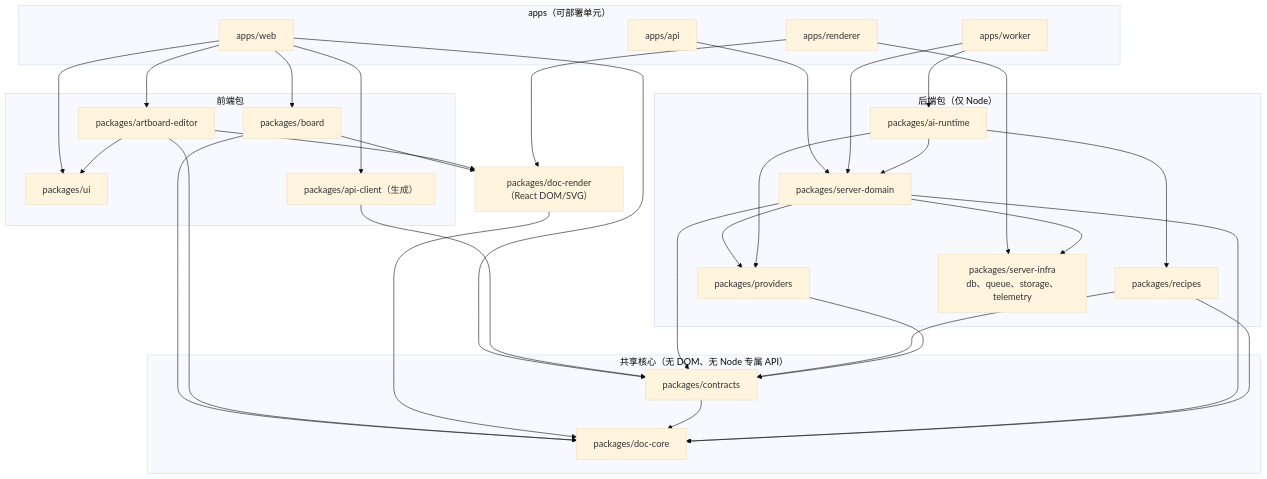
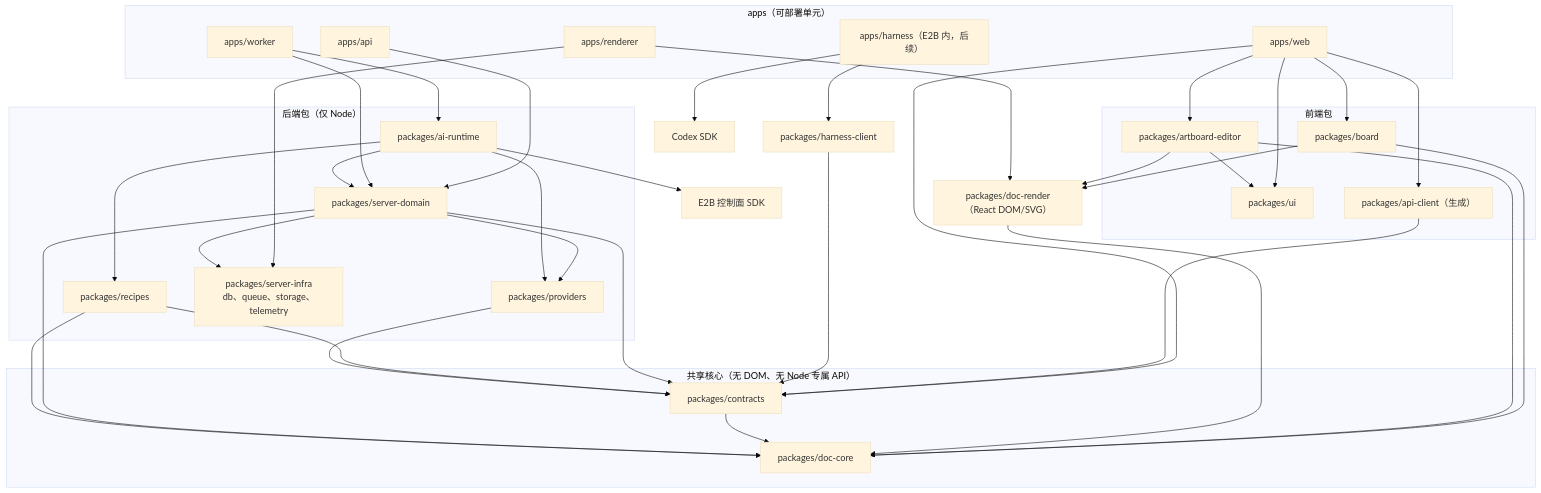
Before and after one commit to abystra/design-x: the tenth of 10 diagrams in docs/architecture/02-architecture-diagrams.md, drawn with Mermaid (base theme). The commit also changed other lines of this file and 39 other files, not shown here.

Commit message:
feat: add persistent workspace API and adopt Codex E2B architecture

````diff
--- a/docs/architecture/02-architecture-diagrams.md
+++ b/docs/architecture/02-architecture-diagrams.md
@@ -510,60 +500,68 @@
 ```mermaid
 flowchart TB
   subgraph Apps["apps（可部署单元）"]
     web["apps/web"]
     api["apps/api"]
     worker["apps/worker"]
     renderer["apps/renderer"]
+    harness["apps/harness（E2B 内，后续）"]
   end
 
   subgraph FE["前端包"]
     board["packages/board"]
     editor["packages/artboard-editor"]
     ui["packages/ui"]
     apiclient["packages/api-client（生成）"]
   end
 
   subgraph Shared["共享核心（无 DOM、无 Node 专属 API）"]
     core["packages/doc-core"]
     contracts["packages/contracts"]
   end
 
   render["packages/doc-render（React DOM/SVG）"]
+  hc["packages/harness-client"]
+  sdk["Codex SDK"]
+  e2bSdk["E2B 控制面 SDK"]
 
   subgraph BE["后端包（仅 Node）"]
     domain["packages/server-domain"]
     airt["packages/ai-runtime"]
     recipes["packages/recipes"]
     providers["packages/providers"]
     infra["packages/server-infra<br/>db、queue、storage、telemetry"]
   end
 
   web --> board
   web --> editor
   web --> ui
   web --> apiclient
   web --> contracts
   board --> render
   board --> core
   editor --> render
   editor --> ui
   editor --> core
   render --> core
   apiclient --> contracts
   contracts --> core
   api --> domain
   worker --> domain
   worker --> airt
+  airt --> e2bSdk
+  harness --> hc
+  harness --> sdk
+  hc --> contracts
   renderer --> render
   renderer --> infra
   domain --> core
   domain --> contracts
   domain --> infra
   domain --> providers
   airt --> domain
   airt --> recipes
   airt --> providers
   recipes --> core
   recipes --> contracts
   providers --> contracts
 ```
````
